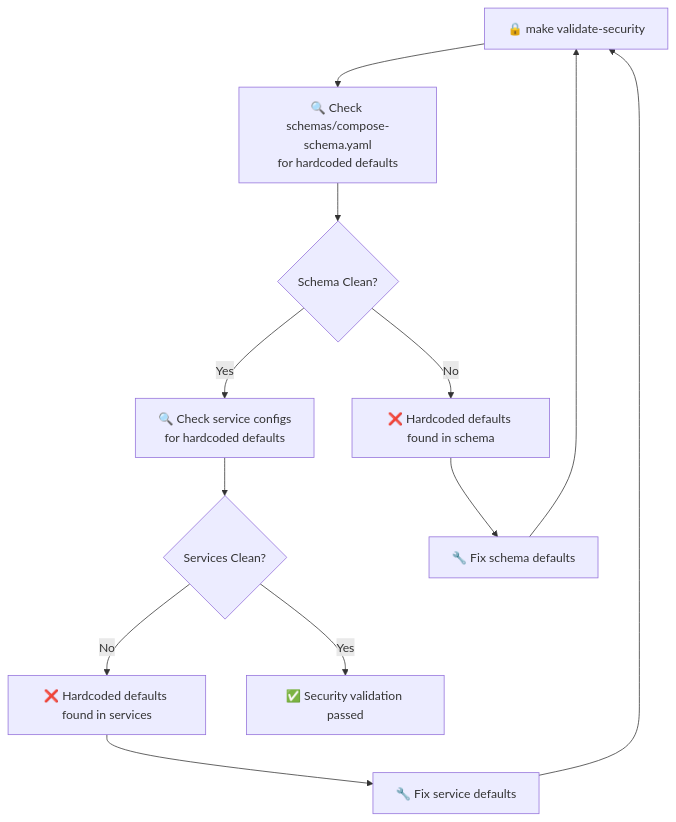
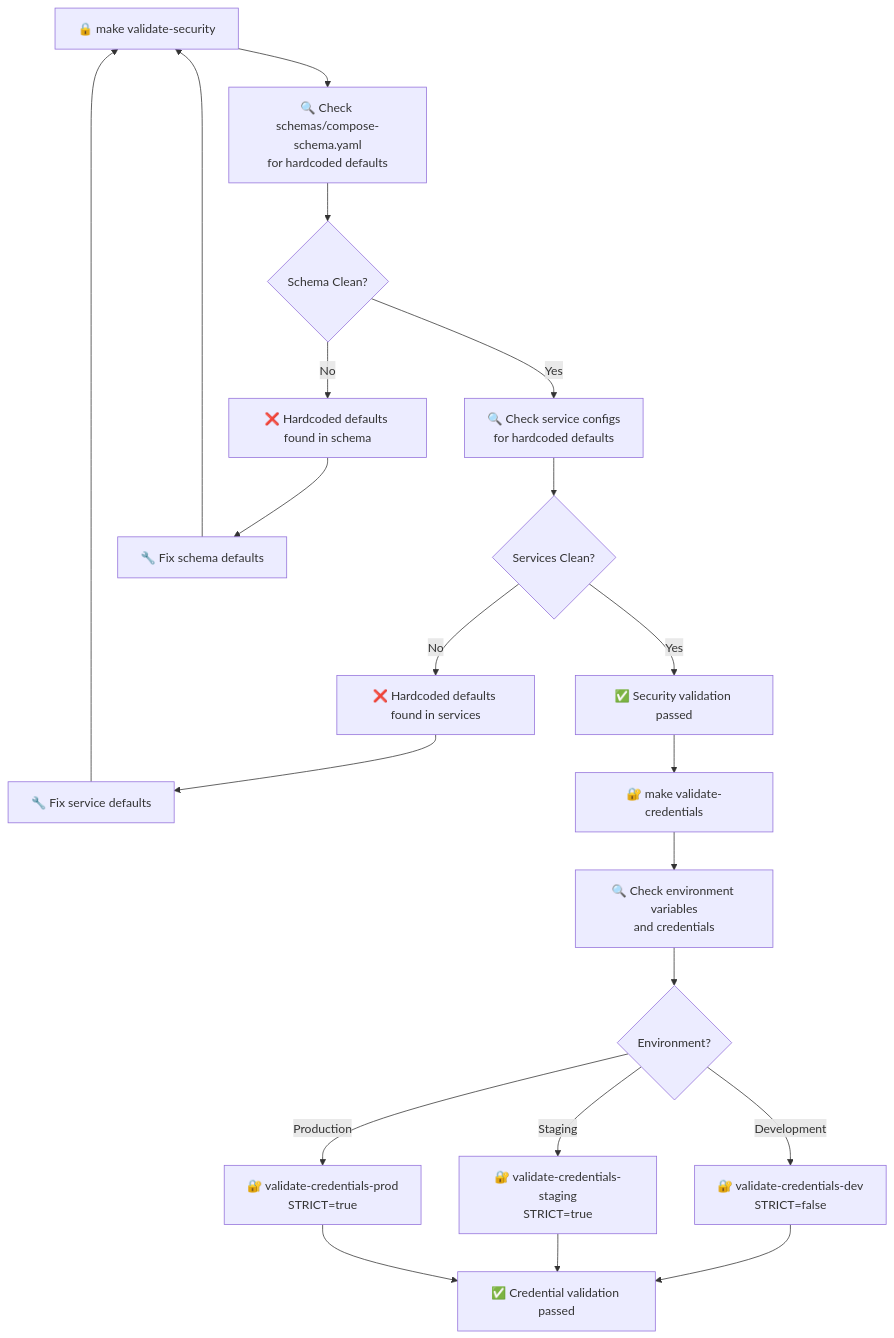
The fifth of 6 diagrams in ENHANCED_WORKFLOW_DIAGRAM.md (markwoitaszek/llm-multimodal-stack), drawn with Mermaid before and after one commit. The commit also changed other lines of this file and 13 other files, not shown here.

````diff
--- a/ENHANCED_WORKFLOW_DIAGRAM.md
+++ b/ENHANCED_WORKFLOW_DIAGRAM.md
@@ -223,17 +230,29 @@
 ```mermaid
 flowchart TD
     SecurityCheck["🔒 make validate-security"] --> CheckSchema["🔍 Check schemas/compose-schema.yaml<br/>for hardcoded defaults"]
     CheckSchema --> SchemaClean{"Schema Clean?"}
     
     SchemaClean -->|No| SchemaFail["❌ Hardcoded defaults found in schema"]
     SchemaClean -->|Yes| CheckServices["🔍 Check service configs<br/>for hardcoded defaults"]
     
     CheckServices --> ServicesClean{"Services Clean?"}
     ServicesClean -->|No| ServicesFail["❌ Hardcoded defaults found in services"]
     ServicesClean -->|Yes| SecurityPass["✅ Security validation passed"]
     
     SchemaFail --> FixSchema["🔧 Fix schema defaults"]
     ServicesFail --> FixServices["🔧 Fix service defaults"]
     FixSchema --> SecurityCheck
     FixServices --> SecurityCheck
+    
+    SecurityPass --> CredentialValidation["🔐 make validate-credentials"]
+    CredentialValidation --> CheckEnvVars["🔍 Check environment variables<br/>and credentials"]
+    CheckEnvVars --> EnvChoice{"Environment?"}
+    
+    EnvChoice -->|Development| DevValidation["🔐 validate-credentials-dev<br/>STRICT=false"]
+    EnvChoice -->|Staging| StagingValidation["🔐 validate-credentials-staging<br/>STRICT=true"]
+    EnvChoice -->|Production| ProdValidation["🔐 validate-credentials-prod<br/>STRICT=true"]
+    
+    DevValidation --> CredPass["✅ Credential validation passed"]
+    StagingValidation --> CredPass
+    ProdValidation --> CredPass
 ```
````
